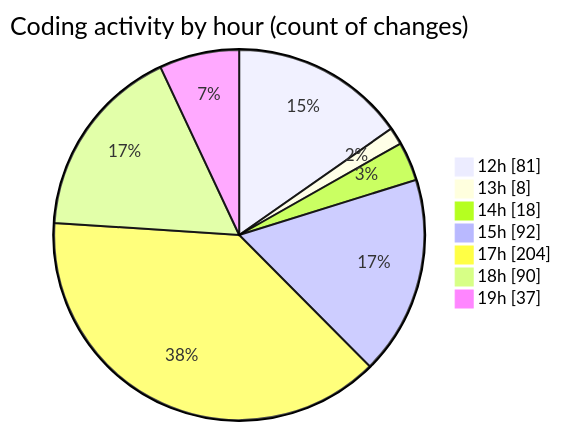
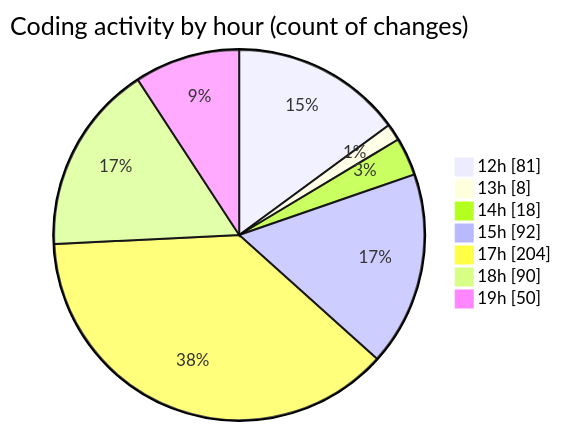
Before and after one commit to Ritupan-Deka/code-tracking: the second of 2 diagrams in 2025-12-28/rust/README.md, drawn with Mermaid. The commit also changed other lines of this file and 1 other file, not shown here.

````diff
--- a/2025-12-28/rust/README.md
+++ b/2025-12-28/rust/README.md
@@ -32,11 +32,11 @@
 ```mermaid
 pie showData
 title Coding activity by hour (count of changes)
 "12h" : 81
 "13h" : 8
 "14h" : 18
 "15h" : 92
 "17h" : 204
 "18h" : 90
-"19h" : 37
+"19h" : 50
 ```
````
